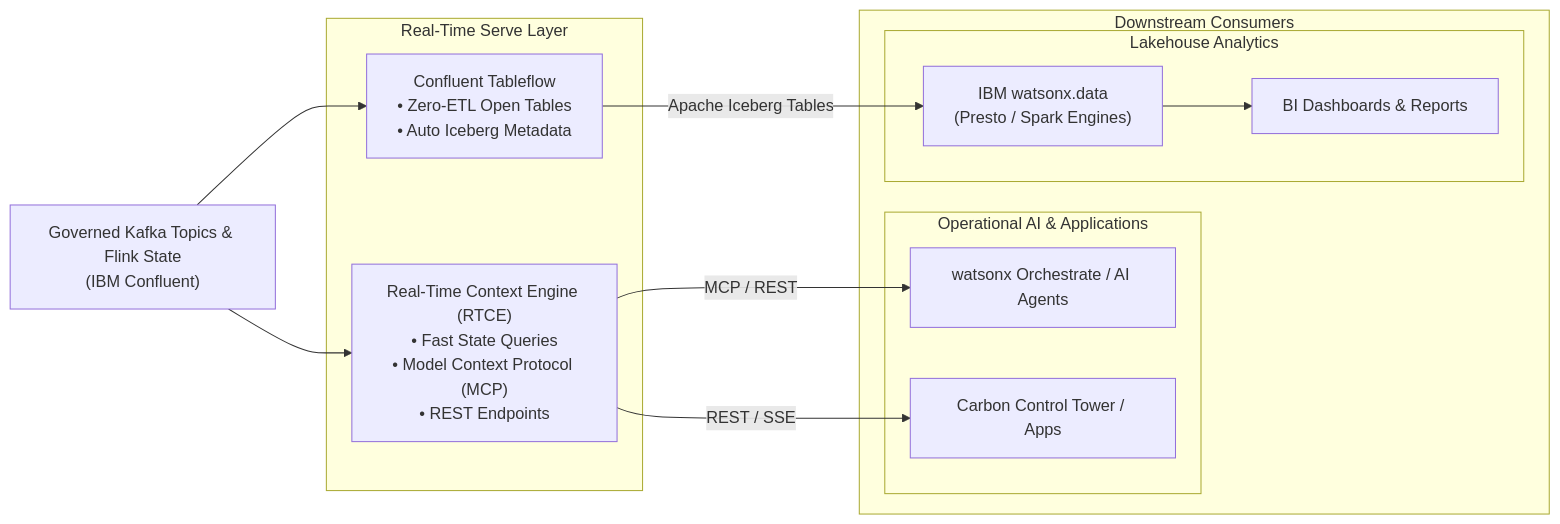
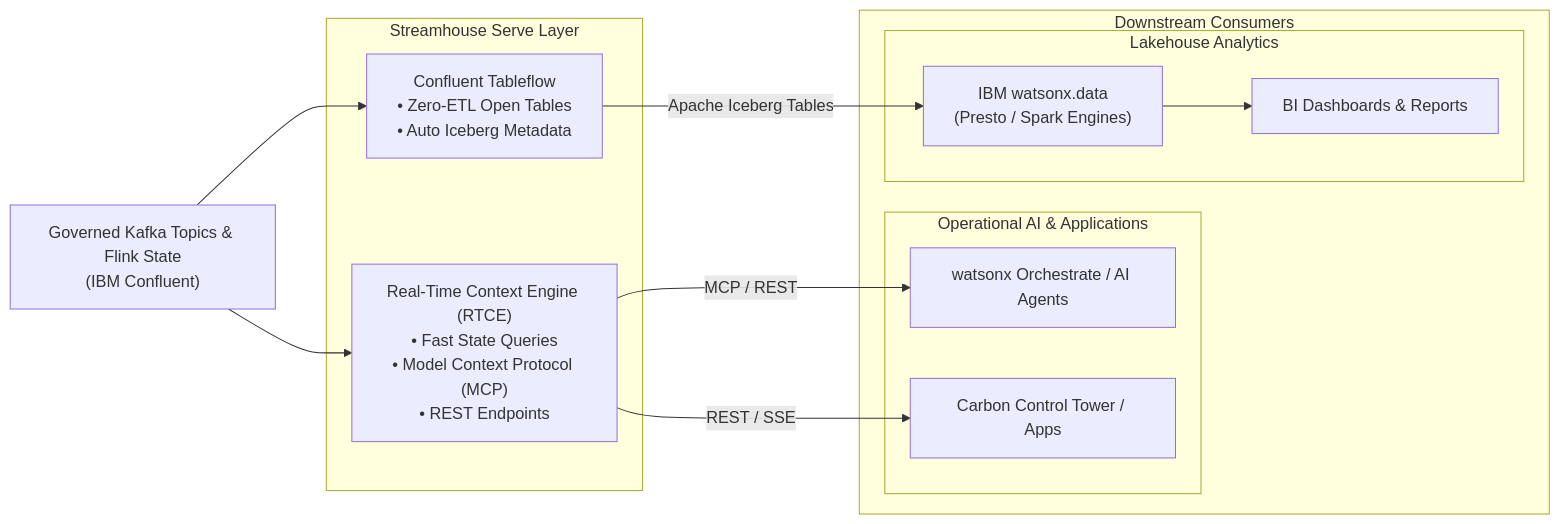
Before and after one commit to ibm-self-serve-assets/building-blocks-docs: the first of 2 diagrams in docs-src/data-streamhouse-core/real-time/serve/index.md, drawn with Mermaid. The commit also changed other lines of this file and 14 other files, not shown here.

````diff
--- a/docs-src/data-streamhouse-core/real-time/serve/index.md
+++ b/docs-src/data-streamhouse-core/real-time/serve/index.md
@@ -110,30 +110,30 @@
 ```mermaid
 flowchart LR
     KAFKA["Governed Kafka Topics & Flink State<br/>(IBM Confluent)"]
 
-    subgraph SERVE_LAYER["Real-Time Serve Layer"]
+    subgraph SERVE_LAYER["Streamhouse Serve Layer"]
         RTCE["Real-Time Context Engine (RTCE)<br/>• Fast State Queries<br/>• Model Context Protocol (MCP)<br/>• REST Endpoints"]
         TABLEFLOW["Confluent Tableflow<br/>• Zero-ETL Open Tables<br/>• Auto Iceberg Metadata"]
     end
 
     subgraph CONSUMERS["Downstream Consumers"]
         subgraph OPERATIONAL_AI["Operational AI & Applications"]
             AGENTS["watsonx Orchestrate / AI Agents"]
             APPS["Carbon Control Tower / Apps"]
         end
 
         subgraph LAKEHOUSE_ANALYTICS["Lakehouse Analytics"]
             WXD["IBM watsonx.data<br/>(Presto / Spark Engines)"]
             BI["BI Dashboards & Reports"]
         end
     end
 
     KAFKA --> RTCE
     KAFKA --> TABLEFLOW
 
     RTCE -->|MCP / REST| AGENTS
     RTCE -->|REST / SSE| APPS
 
     TABLEFLOW -->|Apache Iceberg Tables| WXD
     WXD --> BI
 ```
````
